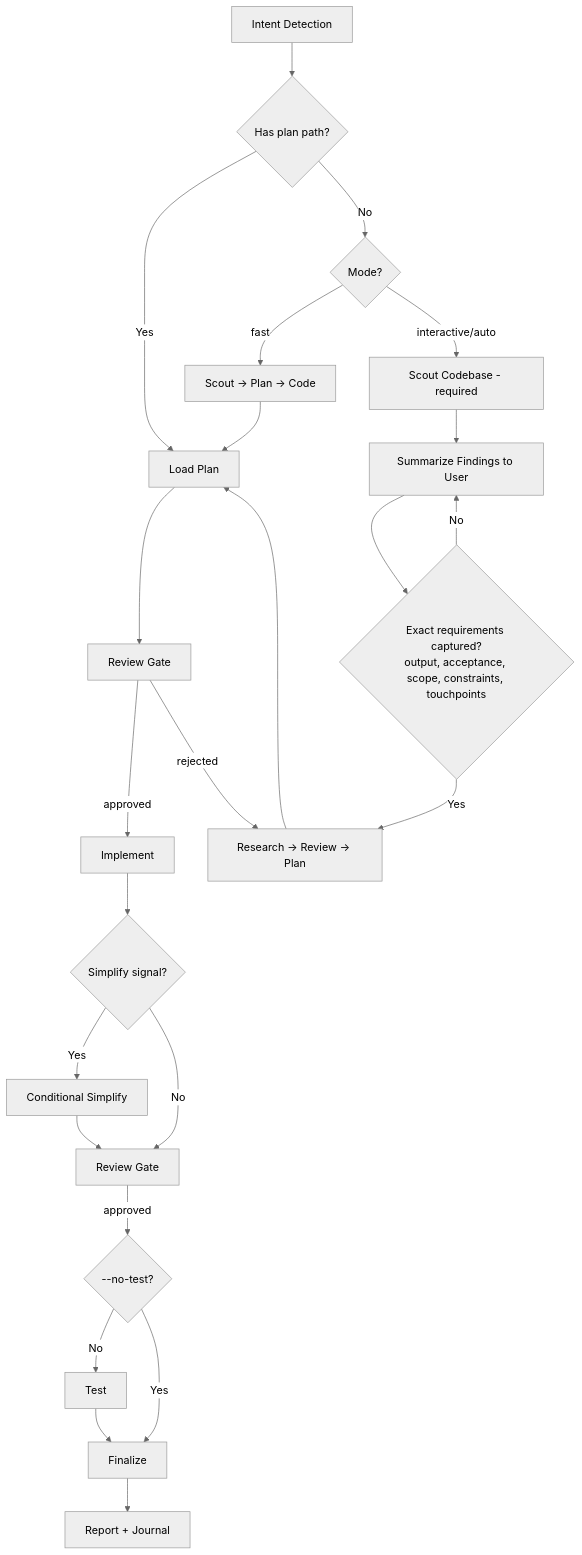
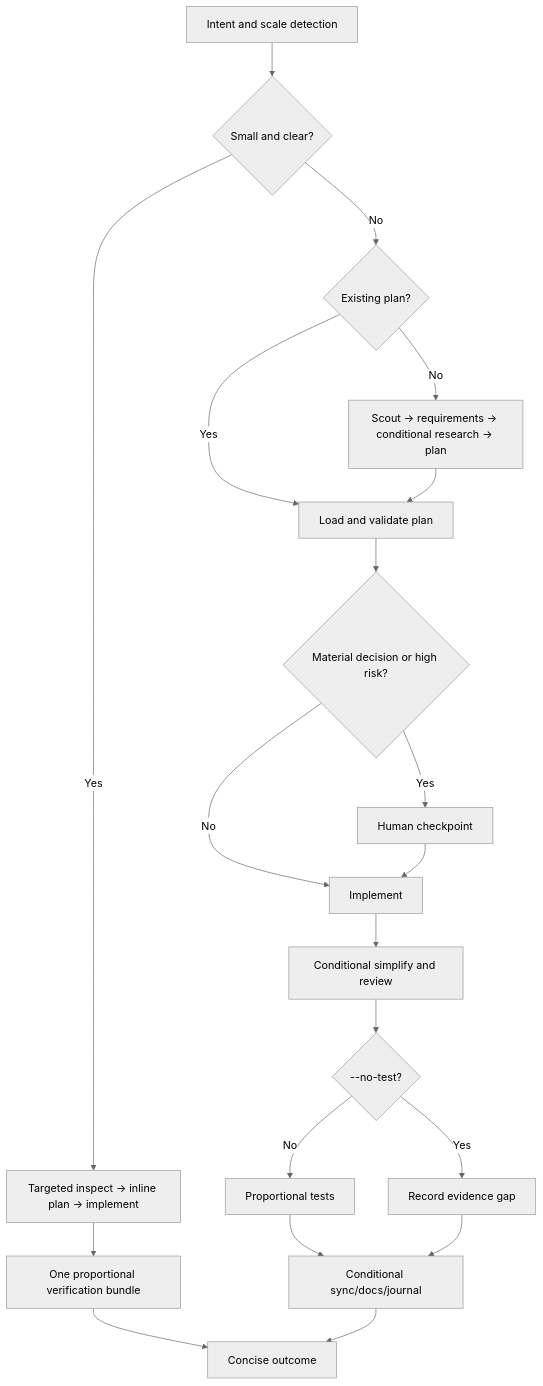
One commit to duy-tung/claude-code-setup changed the diagram in claude/skills/cook/SKILL.md. Above: the diagram before and after it, drawn with Mermaid (neutral theme). The commit also changed other lines of this file and 125 other files, not shown here.

````diff
--- a/claude/skills/cook/SKILL.md
+++ b/claude/skills/cook/SKILL.md
@@ -116,26 +133,22 @@
 ```mermaid
 flowchart TD
-    A[Intent Detection] --> B{Has plan path?}
-    B -->|Yes| F[Load Plan]
-    B -->|No| C{Mode?}
-    C -->|fast| D[Scout → Plan → Code]
-    C -->|interactive/auto| SC[Scout Codebase - required]
-    SC --> SR[Summarize Findings to User]
-    SR --> RQ{Exact requirements captured?<br/>output, acceptance, scope, constraints, touchpoints}
-    RQ -->|No| SR
-    RQ -->|Yes| E[Research → Review → Plan]
-    E --> F
-    D --> F
-    F --> G[Review Gate]
-    G -->|approved| H[Implement]
-    G -->|rejected| E
-    H --> H1{Simplify signal?}
-    H1 -->|Yes| H2[Conditional Simplify]
-    H1 -->|No| I[Review Gate]
-    H2 --> I
-    I -->|approved| J{--no-test?}
-    J -->|No| K[Test]
-    J -->|Yes| L[Finalize]
-    K --> L
-    L --> M[Report + Journal]
+    A[Intent and scale detection] --> B{Small and clear?}
+    B -->|Yes| C[Targeted inspect → inline plan → implement]
+    C --> D[One proportional verification bundle]
+    D --> Z[Concise outcome]
+    B -->|No| E{Existing plan?}
+    E -->|Yes| F[Load and validate plan]
+    E -->|No| G[Scout → requirements → conditional research → plan]
+    G --> F
+    F --> H{Material decision or high risk?}
+    H -->|Yes| I[Human checkpoint]
+    H -->|No| J[Implement]
+    I --> J
+    J --> K[Conditional simplify and review]
+    K --> L{--no-test?}
+    L -->|No| M[Proportional tests]
+    L -->|Yes| N[Record evidence gap]
+    M --> O[Conditional sync/docs/journal]
+    N --> O
+    O --> Z
 ```
````
